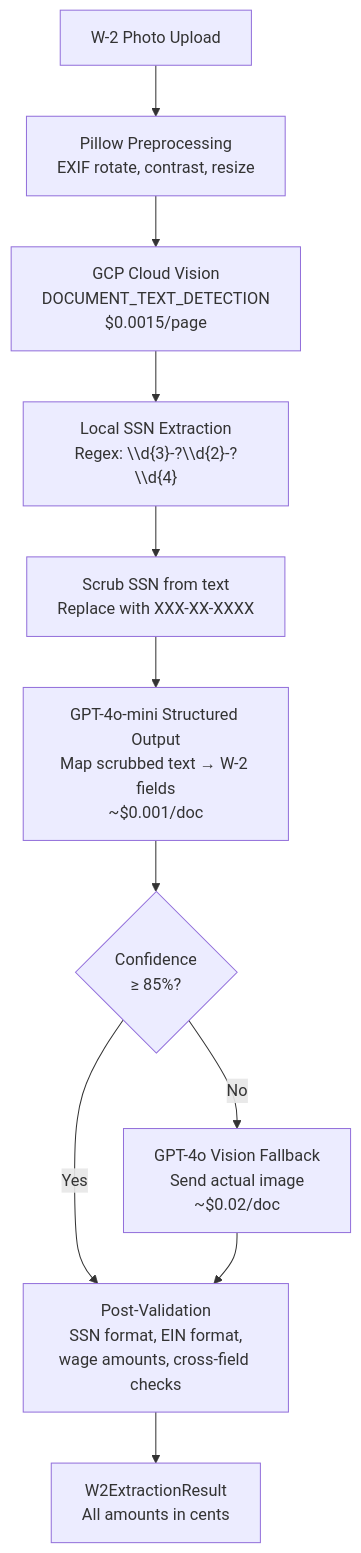
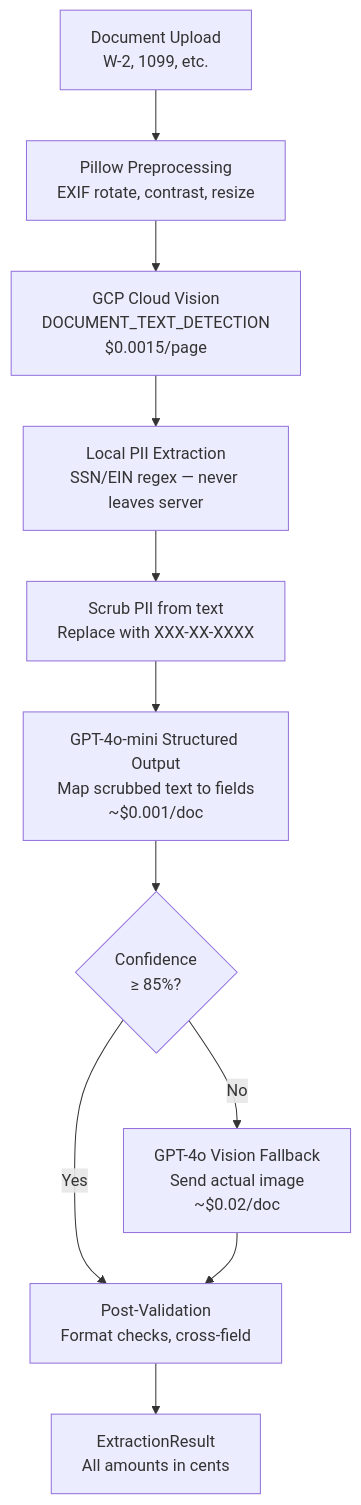
One commit to paperwork-labs/paperwork changed the sixth of 12 diagrams in docs/ARCHITECTURE.md. Above: the diagram before and after it, drawn with Mermaid. The commit also changed other lines of this file and 30 other files, not shown here.

````diff
--- a/docs/ARCHITECTURE.md
+++ b/docs/ARCHITECTURE.md
@@ -115,24 +285,18 @@
 ```mermaid
 flowchart TD
-    Upload["W-2 Photo Upload"]
+    Upload["Document Upload<br/>W-2, 1099, etc."]
     Preprocess["Pillow Preprocessing<br/>EXIF rotate, contrast, resize"]
     CloudVision["GCP Cloud Vision<br/>DOCUMENT_TEXT_DETECTION<br/>$0.0015/page"]
-    SSNExtract["Local SSN Extraction<br/>Regex: \\d{3}-?\\d{2}-?\\d{4}"]
-    Scrub["Scrub SSN from text<br/>Replace with XXX-XX-XXXX"]
-    GPT4oMini["GPT-4o-mini Structured Output<br/>Map scrubbed text → W-2 fields<br/>~$0.001/doc"]
+    SSNExtract["Local PII Extraction<br/>SSN/EIN regex — never leaves server"]
+    Scrub["Scrub PII from text<br/>Replace with XXX-XX-XXXX"]
+    GPT4oMini["GPT-4o-mini Structured Output<br/>Map scrubbed text to fields<br/>~$0.001/doc"]
     ConfCheck{"Confidence<br/>≥ 85%?"}
     GPT4oVision["GPT-4o Vision Fallback<br/>Send actual image<br/>~$0.02/doc"]
-    Validate["Post-Validation<br/>SSN format, EIN format,<br/>wage amounts, cross-field checks"]
-    Result["W2ExtractionResult<br/>All amounts in cents"]
+    Validate["Post-Validation<br/>Format checks, cross-field"]
+    Result["ExtractionResult<br/>All amounts in cents"]
 
-    Upload --> Preprocess
-    Preprocess --> CloudVision
-    CloudVision --> SSNExtract
-    SSNExtract --> Scrub
-    Scrub --> GPT4oMini
-    GPT4oMini --> ConfCheck
+    Upload --> Preprocess --> CloudVision --> SSNExtract --> Scrub --> GPT4oMini --> ConfCheck
     ConfCheck -->|"Yes"| Validate
-    ConfCheck -->|"No"| GPT4oVision
-    GPT4oVision --> Validate
+    ConfCheck -->|"No"| GPT4oVision --> Validate
     Validate --> Result
 ```
````
